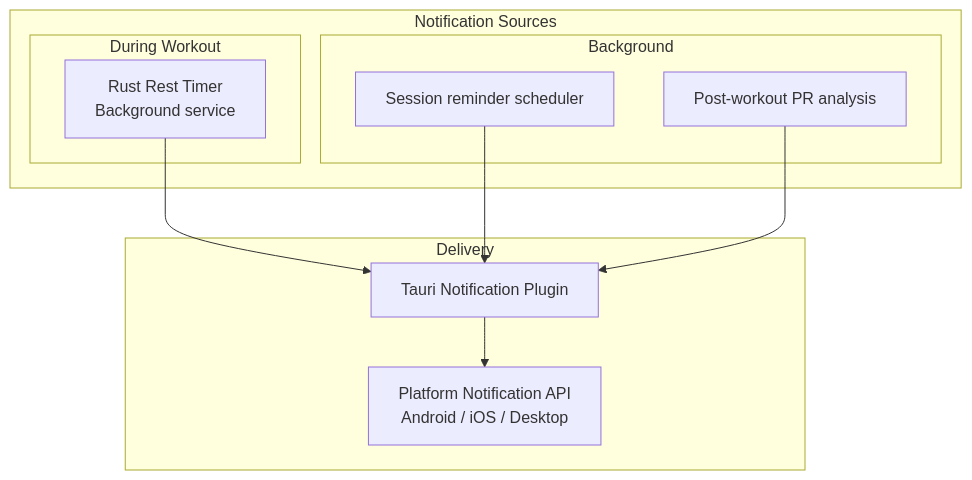
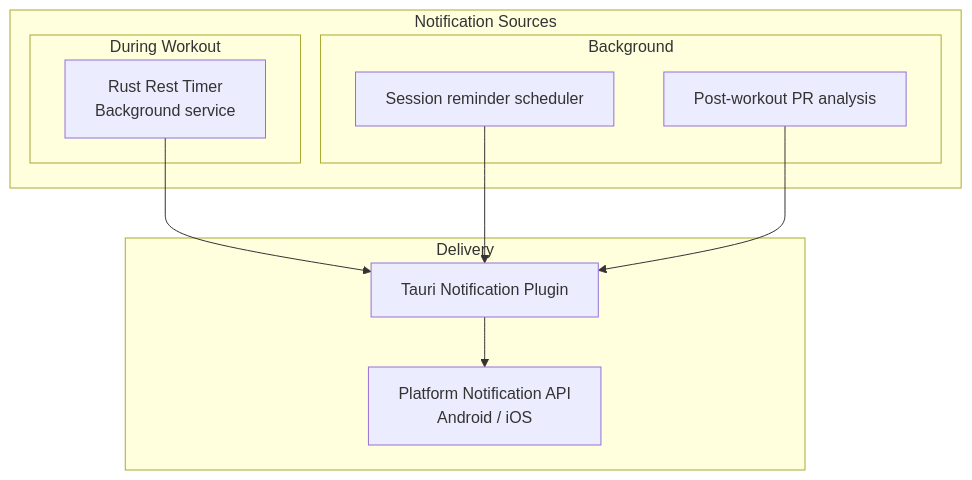
Diagram 11 of 14 in docs/11-notification-design.md (rghsoftware/ardent-forge), drawn with Mermaid before and after one commit. The commit also changed other lines of this file and 45 other files, not shown here.

````diff
--- a/docs/11-notification-design.md
+++ b/docs/11-notification-design.md
@@ -259,23 +258,23 @@
 ```mermaid
 flowchart TB
     subgraph Scheduling["Notification Sources"]
         subgraph InWorkout["During Workout"]
             RestTimerService["Rust Rest Timer<br/>Background service"]
         end
 
         subgraph Background["Background"]
             SessionCheck["Session reminder scheduler"]
             PRDetection["Post-workout PR analysis"]
         end
     end
 
     subgraph Delivery["Delivery"]
         TauriNotif["Tauri Notification Plugin"]
-        Platform["Platform Notification API<br/>Android / iOS / Desktop"]
+        Platform["Platform Notification API<br/>Android / iOS"]
     end
 
     RestTimerService --> TauriNotif
     SessionCheck --> TauriNotif
     PRDetection --> TauriNotif
     TauriNotif --> Platform
 ```
````
